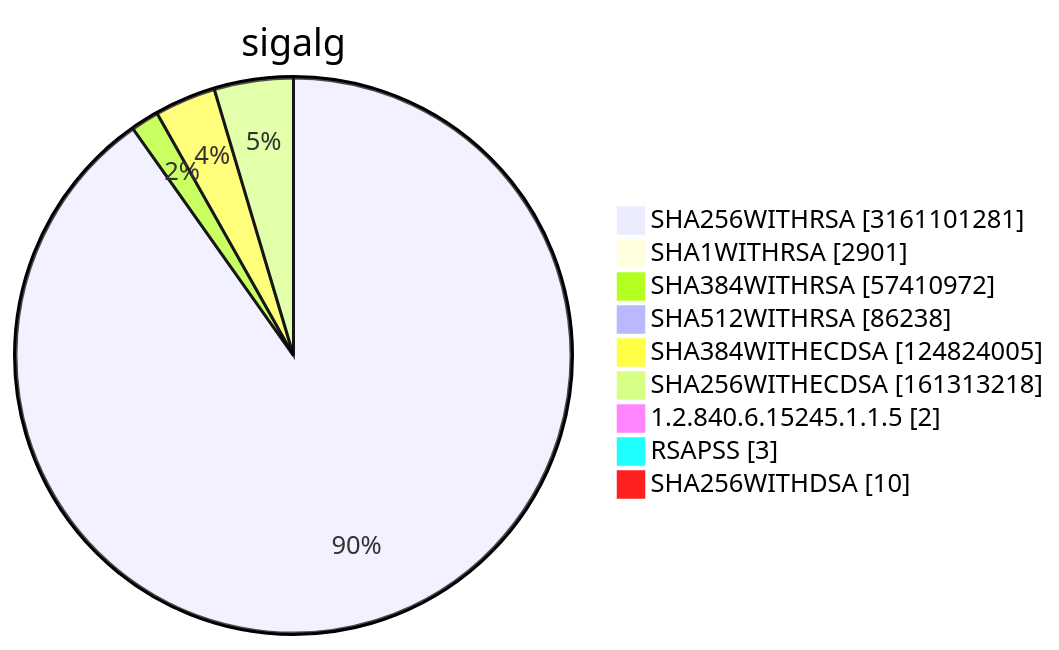
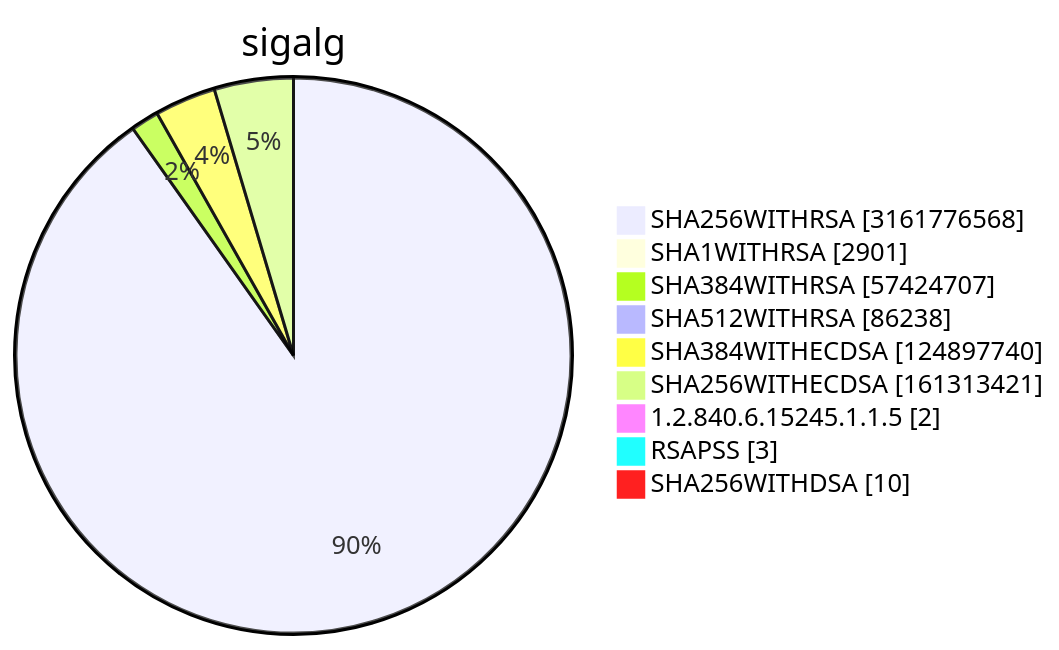
Before and after one commit to christiankrug/ctmonitor_visualization: diagram 15 of 15 in TOTAL/README.md, drawn with Mermaid. The commit also changed other lines of this file, not shown here.

````diff
--- a/TOTAL/README.md
+++ b/TOTAL/README.md
@@ -6215,13 +6215,13 @@
 ```mermaid
 pie showData
 title sigalg
-"SHA256WITHRSA" :3161101281
+"SHA256WITHRSA" :3161776568
 "SHA1WITHRSA" :2901
-"SHA384WITHRSA" :57410972
+"SHA384WITHRSA" :57424707
 "SHA512WITHRSA" :86238
-"SHA384WITHECDSA" :124824005
-"SHA256WITHECDSA" :161313218
+"SHA384WITHECDSA" :124897740
+"SHA256WITHECDSA" :161313421
 "1.2.840.6.15245.1.1.5" :2
 "RSAPSS" :3
 "SHA256WITHDSA" :10
 ```
````
